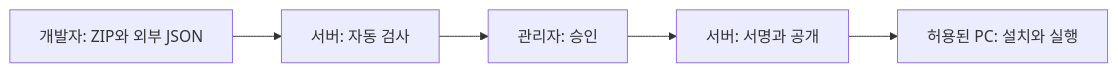
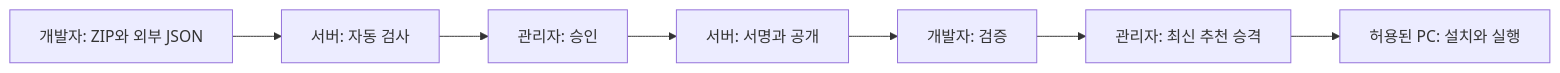
One commit to YonghoKwon/UE-DT-LAUNCHER changed the diagram in README.md. Above: the diagram before and after it, drawn with Mermaid. The commit also changed other lines of this file and 14 other files, not shown here.

````diff
--- a/README.md
+++ b/README.md
@@ -13,7 +13,9 @@
 ```mermaid
 flowchart LR
     package["개발자: ZIP와 외부 JSON"] --> inspect["서버: 자동 검사"]
     inspect --> approve["관리자: 승인"]
     approve --> publish["서버: 서명과 공개"]
-    publish --> launch["허용된 PC: 설치와 실행"]
+    publish --> verifyRelease["개발자: 검증"]
+    verifyRelease --> promote["관리자: 최신 추천 승격"]
+    promote --> launch["허용된 PC: 설치와 실행"]
 ```
````
